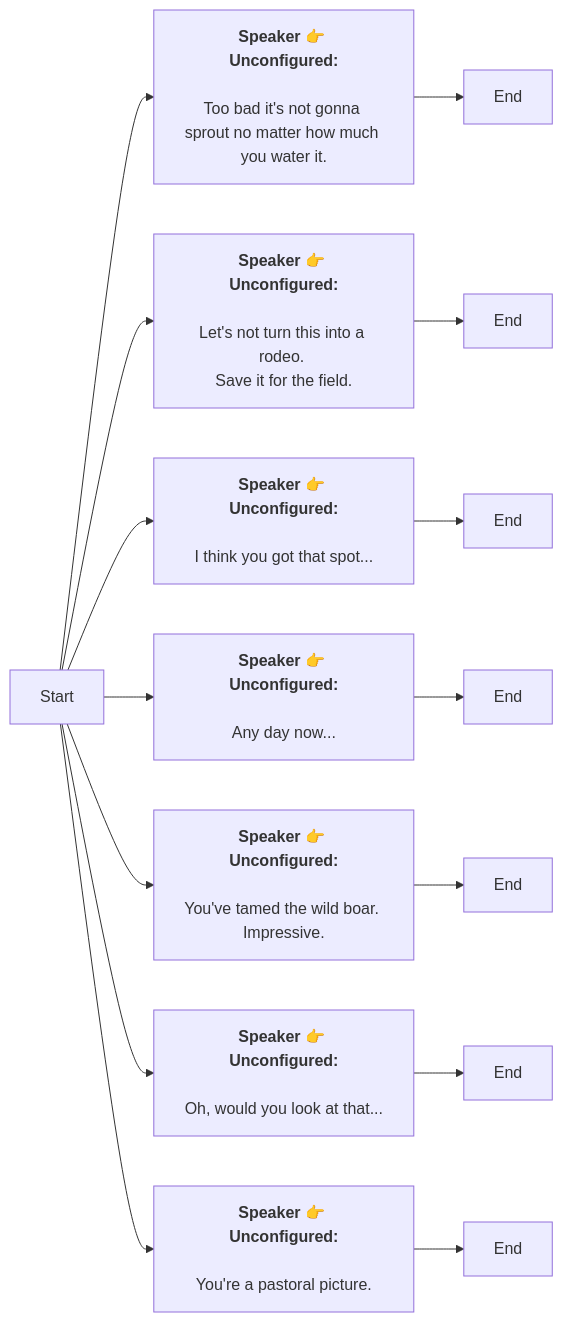
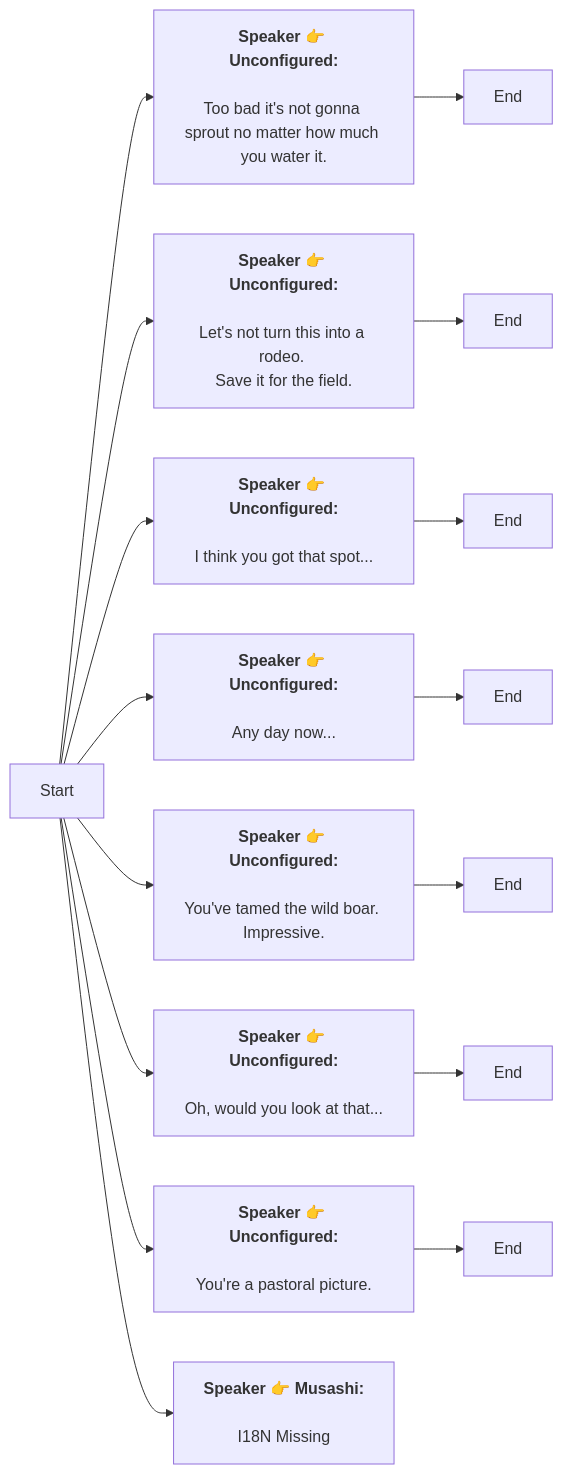
One commit to SoftHu/tos_avg changed the diagram in En/FarmingTutriols.md. Above: the diagram before and after it, drawn with Mermaid. The commit also changed 181 other files, not shown here.

````diff
--- a/En/FarmingTutriols.md
+++ b/En/FarmingTutriols.md
@@ -1,33 +1,36 @@
 ```mermaid
 graph LR
 Start -->1768884574776325[<b>Speaker 👉 Unconfigured:</b>
 
 Too bad it's not gonna sprout no matter how much you water it.]
 1768884574776325 -->1768884429265923[End]
 Start -->1768884774476813[<b>Speaker 👉 Unconfigured:</b>
 
 Let's not turn this into a rodeo. 
 Save it for the field.]
 1768884774476813 -->1768884678678536[End]
 Start -->1768884787234830[<b>Speaker 👉 Unconfigured:</b>
 
 I think you got that spot... ]
 1768884787234830 -->1768884739463179[End]
 Start -->1768884796445711[<b>Speaker 👉 Unconfigured:</b>
 
 Any day now... ]
 1768884796445711 -->1768884809496592[End]
 Start -->1768884880899090[<b>Speaker 👉 Unconfigured:</b>
 
 You've tamed the wild boar. Impressive.]
 1768884880899090 -->1768884891209747[End]
 Start -->1768884921164823[<b>Speaker 👉 Unconfigured:</b>
 
 Oh, would you look at that...]
 1768884921164823 -->1768884925259800[End]
 Start -->1768884920385558[<b>Speaker 👉 Unconfigured:</b>
 
 You're a pastoral picture. ]
 1768884920385558 -->1768884931682329[End]
+Start -->1772535815119022[<b>Speaker 👉 Musashi:</b>
+
+I18N Missing]
 
  ```
````
